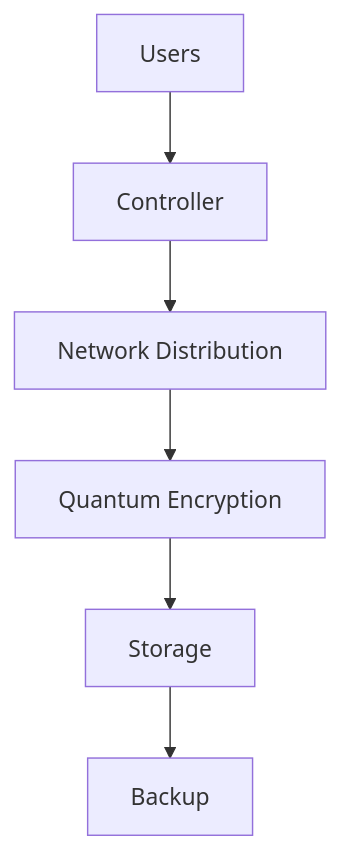
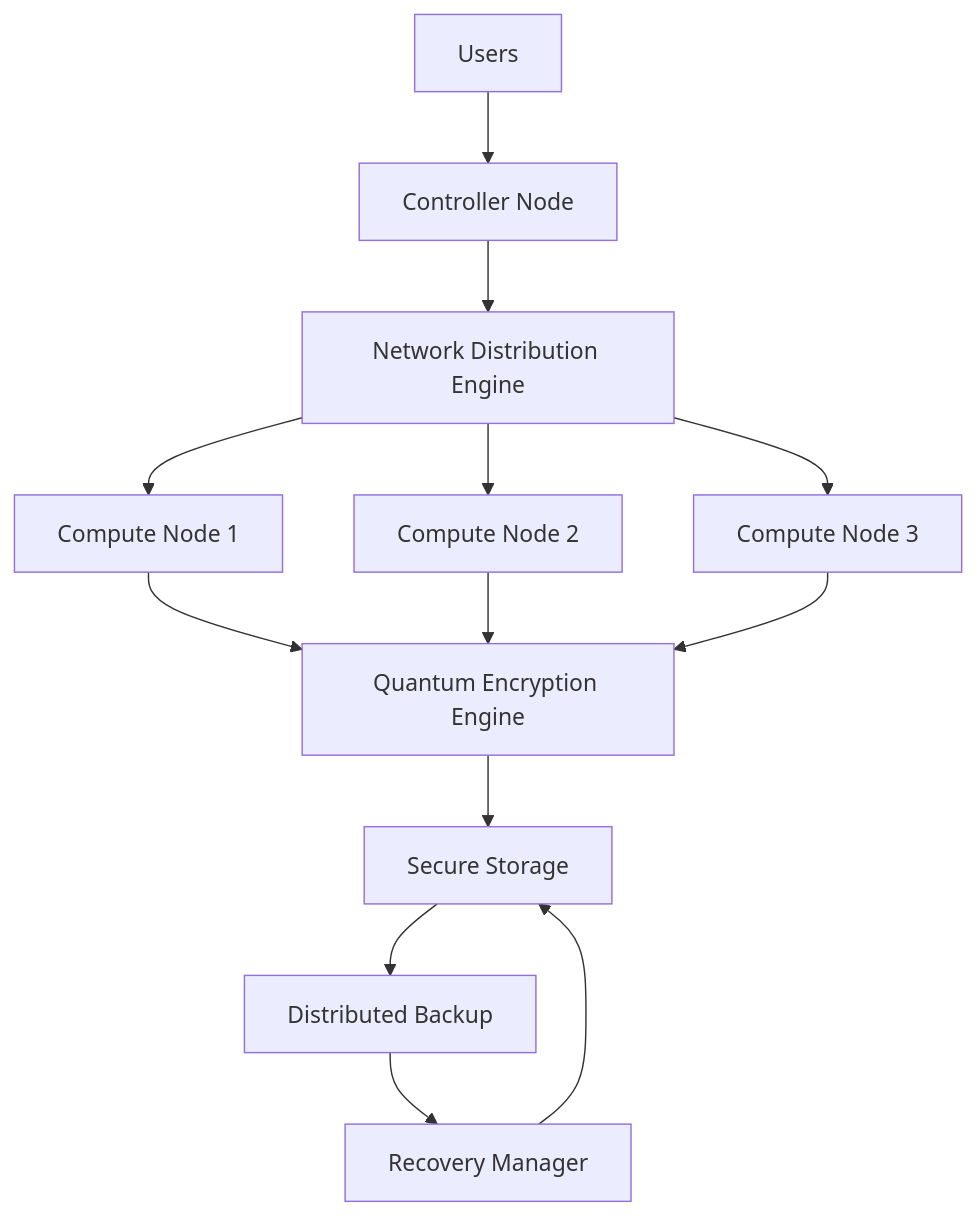
The first of 4 diagrams in README.md (sadeil/amanQ), drawn with Mermaid before and after one commit. The commit also changed other lines of this file, not shown here.

````diff
--- a/README.md
+++ b/README.md
@@ -40,25 +59,41 @@
 ```mermaid
 flowchart TB
 
 USER[Users]
 
-CTRL[Controller]
+CTRL[Controller Node]
 
-NET[Network Distribution]
+NET[Network Distribution Engine]
 
-ENC[Quantum Encryption]
+ENC[Quantum Encryption Engine]
 
-STORE[Storage]
+STORE[Secure Storage]
 
-BACK[Backup]
+BACK[Distributed Backup]
+
+REC[Recovery Manager]
+
+NODE1[Compute Node 1]
+NODE2[Compute Node 2]
+NODE3[Compute Node 3]
 
 USER --> CTRL
 
 CTRL --> NET
 
-NET --> ENC
+NET --> NODE1
+NET --> NODE2
+NET --> NODE3
+
+NODE1 --> ENC
+NODE2 --> ENC
+NODE3 --> ENC
 
 ENC --> STORE
 
 STORE --> BACK
+
+BACK --> REC
+
+REC --> STORE
 ```
````
